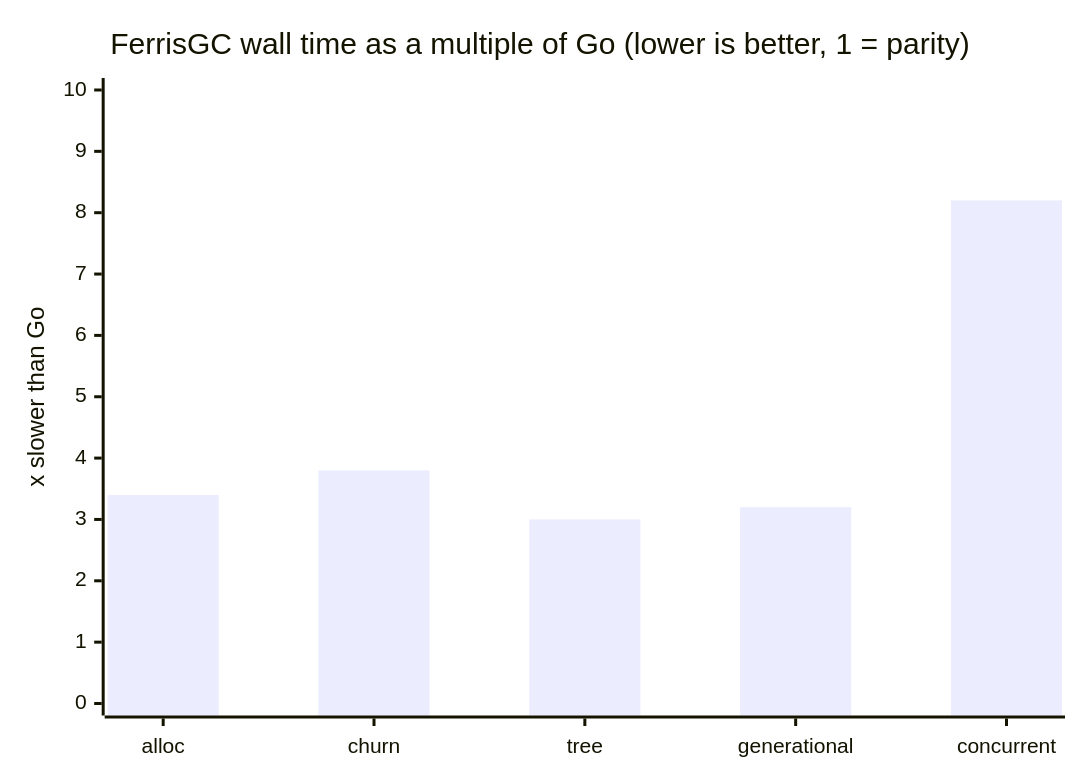
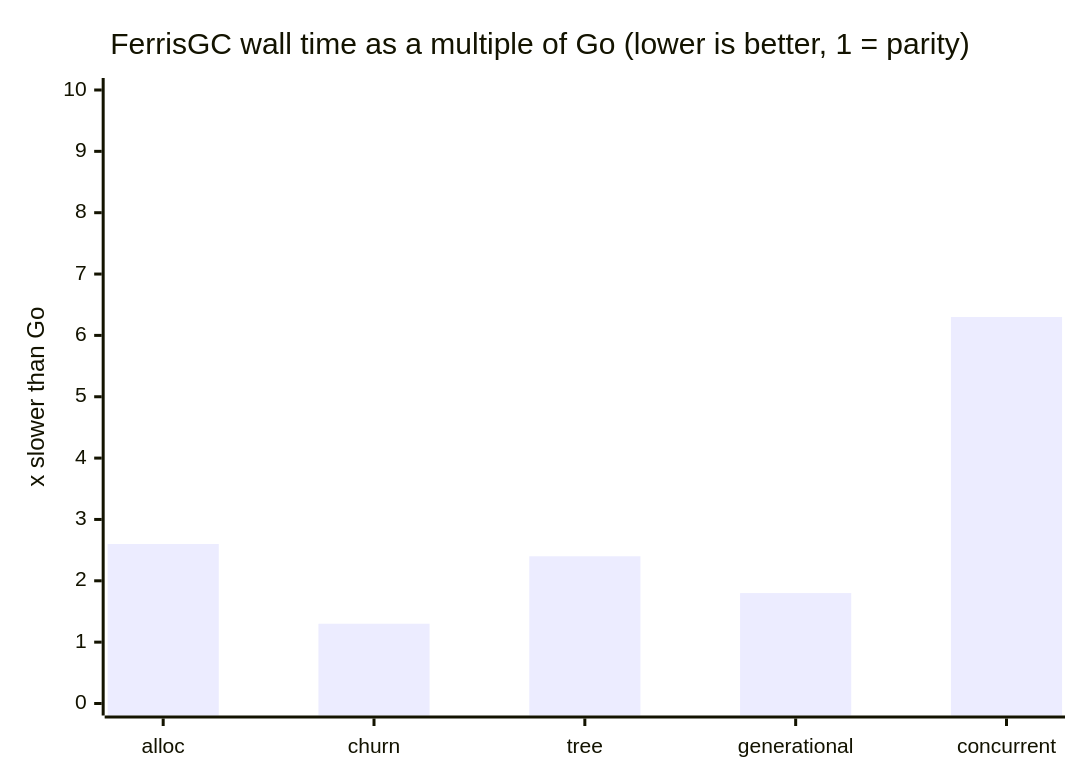
One commit to redradist/ferris-gc changed the diagram in README.md. Above: the diagram before and after it, drawn with Mermaid. The commit also changed other lines of this file, not shown here.

````diff
--- a/README.md
+++ b/README.md
@@ -423,7 +423,7 @@
 ```mermaid
 xychart-beta
     title "FerrisGC wall time as a multiple of Go (lower is better, 1 = parity)"
     x-axis [alloc, churn, tree, generational, concurrent]
     y-axis "x slower than Go" 0 --> 10
-    bar [3.4, 3.8, 3.0, 3.2, 8.2]
+    bar [2.6, 1.3, 2.4, 1.8, 6.3]
 ```
````
